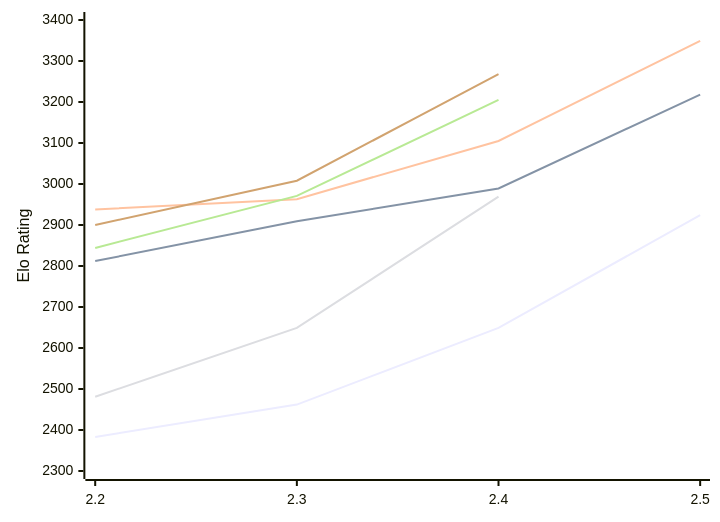
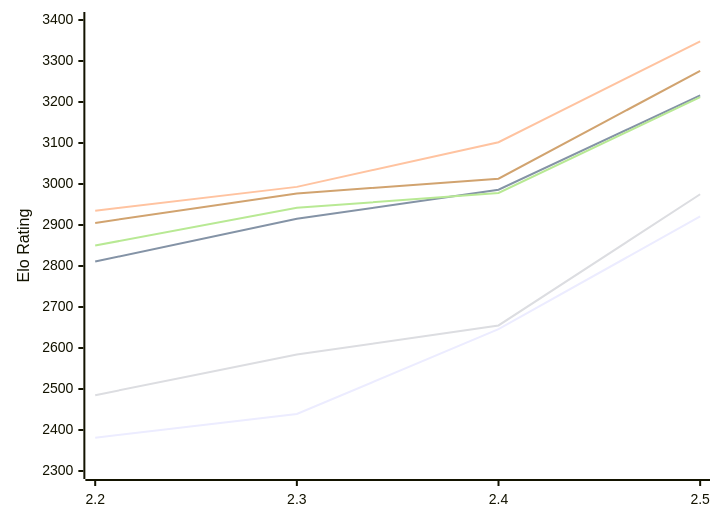
Before and after one commit to computer-chess-index/cci: the first of 2 diagrams in engines/Sloth.md, drawn with Mermaid. The commit also changed other lines of this file, not shown here.

Commit message:
Update CCI Ratings (ELO VLTC) - 2026-11-23

````diff
--- a/engines/Sloth.md
+++ b/engines/Sloth.md
@@ -53,12 +54,12 @@
 ```mermaid
 %%{init: {"theme":"base","themeVariables":{"seriesColors:['#a3a3a3','#222221','#faa371']}}}%%
 xychart-beta
   x-axis ["2.2", "2.3", "2.4", "2.5"]
   y-axis "Elo Rating" 2300 --> 3400
-  line "E1: STC (8.0+0.08s)" [2383, 2462, 2649, 2924]
-  line "E1: LTC (60.0+0.60s)" [2812, 2909, 2989, 3218]
-  line "E1: VLTC (2m24s+1.12s)" [2938, 2963, 3105, 3349]
-  line "P1: STC (8.0+0.08s)" [2481, 2649, 2969]
-  line "P1: LTC (60.0+0.60s)" [2844, 2971, 3205]
-  line "P1: VLTC (2m24s+1.12s)" [2900, 3008, 3268]
+  line "E1: STC (8.0+0.08s)" [2381, 2439, 2646, 2921]
+  line "E1: LTC (60.0+0.60s)" [2811, 2915, 2986, 3216]
+  line "E1: VLTC (2m24s+1.12s)" [2935, 2993, 3102, 3348]
+  line "P1: STC (8.0+0.08s)" [2485, 2584, 2655, 2975]
+  line "P1: LTC (60.0+0.60s)" [2850, 2942, 2978, 3212]
+  line "P1: VLTC (2m24s+1.12s)" [2905, 2977, 3013, 3276]
 ```
````
